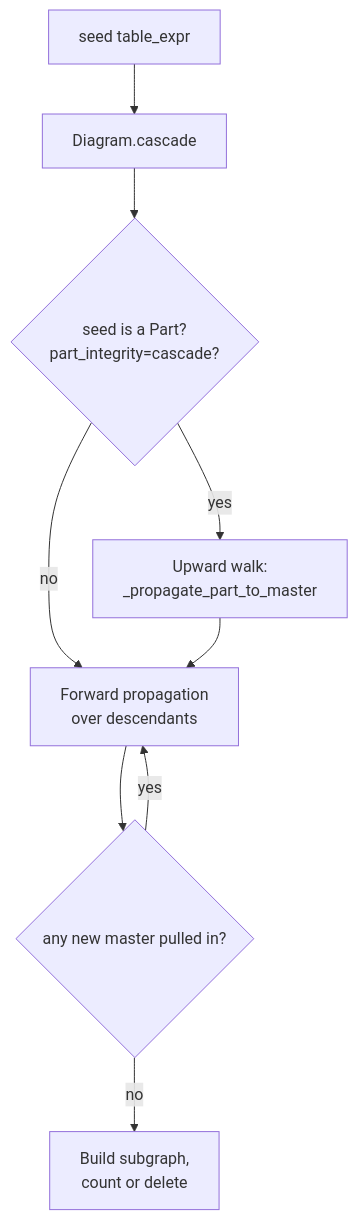
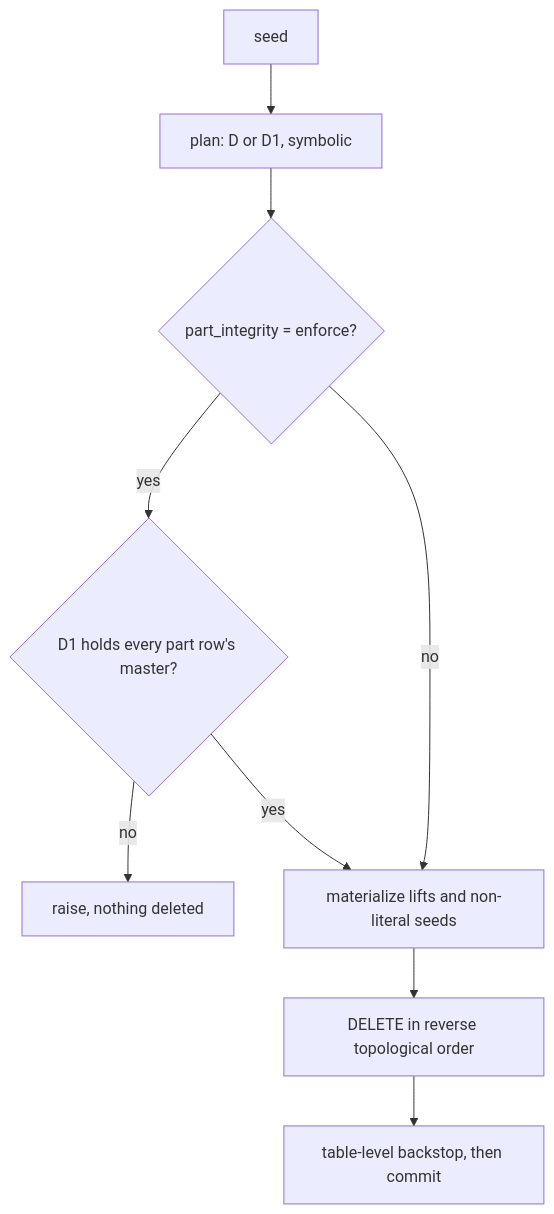
One commit to datajoint/datajoint-docs changed the diagram in src/reference/specs/cascade.md. Above: the diagram before and after it, drawn with Mermaid. The commit also changed other lines of this file and 1 other file, not shown here.

First line of the commit message:
docs(specs): rewrite cascade and trace as the down and up cases of expand

````diff
--- a/src/reference/specs/cascade.md
+++ b/src/reference/specs/cascade.md
@@ -42,11 +65,11 @@
 ```mermaid
 flowchart TB
-    A[seed table_expr] --> B[Diagram.cascade]
-    B --> C{seed is a Part?<br/>part_integrity=cascade?}
-    C -- yes --> D[Upward walk:<br/>_propagate_part_to_master]
-    C -- no --> E[Forward propagation<br/>over descendants]
-    D --> E
-    E --> F{any new master pulled in?}
-    F -- yes --> E
-    F -- no --> G[Build subgraph,<br/>count or delete]
+    A[seed] --> B[plan: D or D1, symbolic]
+    B --> C{part_integrity = enforce?}
+    C -- yes --> D{D1 holds every part row's master?}
+    D -- no --> E[raise, nothing deleted]
+    D -- yes --> F
+    C -- no --> F[materialize lifts and non-literal seeds]
+    F --> G[DELETE in reverse topological order]
+    G --> H[table-level backstop, then commit]
 ```
````
